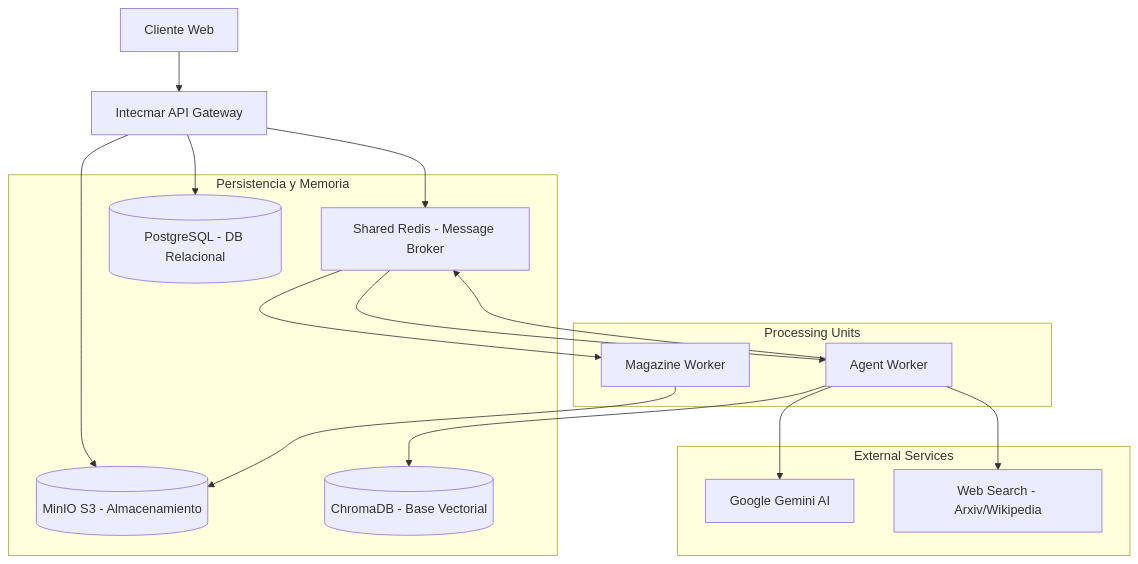
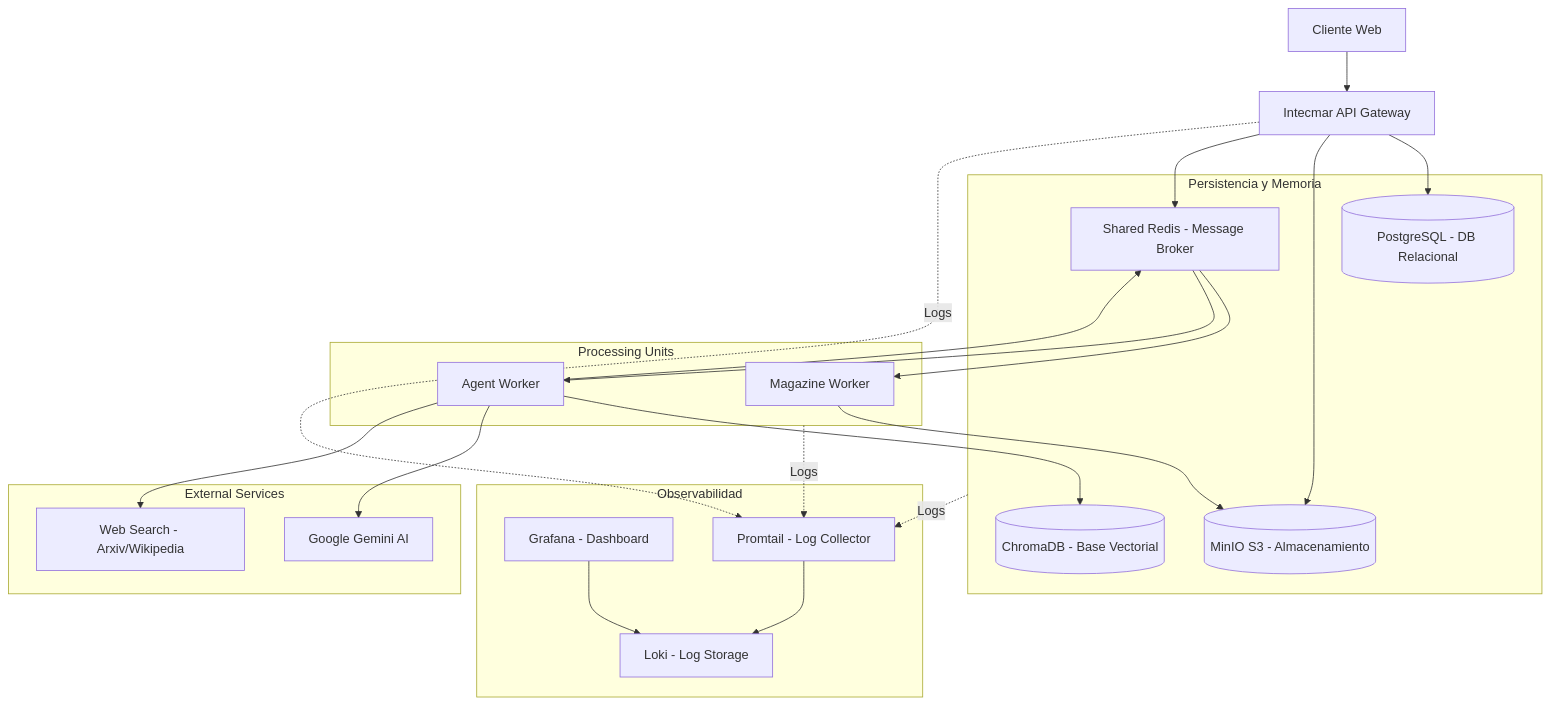
Before and after one commit to carlosDAC2020/Full_Agent_CTM: the first of 2 diagrams in README.md, drawn with Mermaid. The commit also changed other lines of this file and 6 other files, not shown here.

````diff
--- a/README.md
+++ b/README.md
@@ -116,36 +117,49 @@
 ```mermaid
 flowchart TD
     Client[Cliente Web]
     API[Intecmar API Gateway]
     
     subgraph Infrastructure [Persistencia y Memoria]
         Redis[Shared Redis - Message Broker]
         DB[(PostgreSQL - DB Relacional)]
         MinIO[(MinIO S3 - Almacenamiento)]
         Chroma[(ChromaDB - Base Vectorial)]
     end
 
     subgraph Processing [Processing Units]
         MagWorker[Magazine Worker]
         AgentWorker[Agent Worker]
     end
 
     subgraph Services [External Services]
         Gemini[Google Gemini AI]
         Web[Web Search - Arxiv/Wikipedia]
     end
 
+    subgraph Monitoring [Observabilidad]
+        Grafana[Grafana - Dashboard]
+        Loki[Loki - Log Storage]
+        Promtail[Promtail - Log Collector]
+    end
+
     Client --> API
     API --> DB
     API --> MinIO
     API --> Redis
     
     Redis --> MagWorker
     Redis --> AgentWorker
     
     MagWorker --> MinIO
     AgentWorker --> Chroma
     AgentWorker --> Gemini
     AgentWorker --> Web
     AgentWorker --> Redis
+
+    %% Flujo de Logs
+    Processing -. Logs .-> Promtail
+    Infrastructure -. Logs .-> Promtail
+    API -. Logs .-> Promtail
+    Promtail --> Loki
+    Grafana --> Loki
 ```
````
